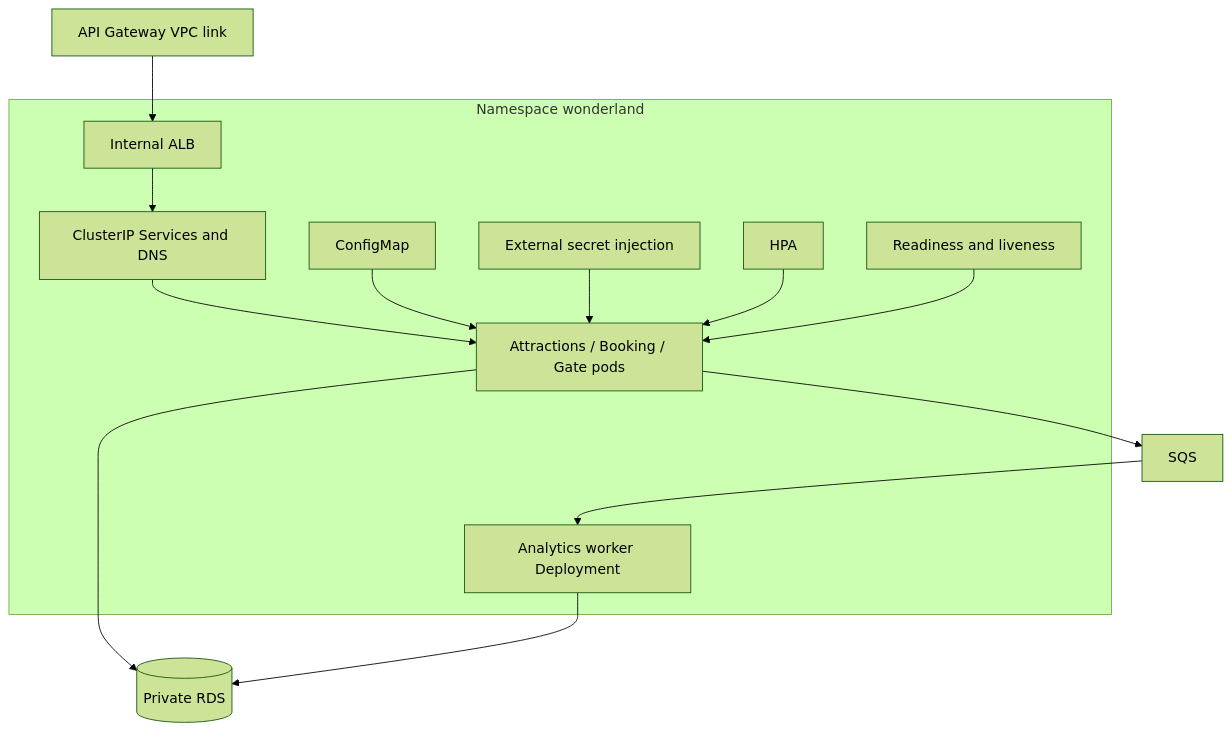
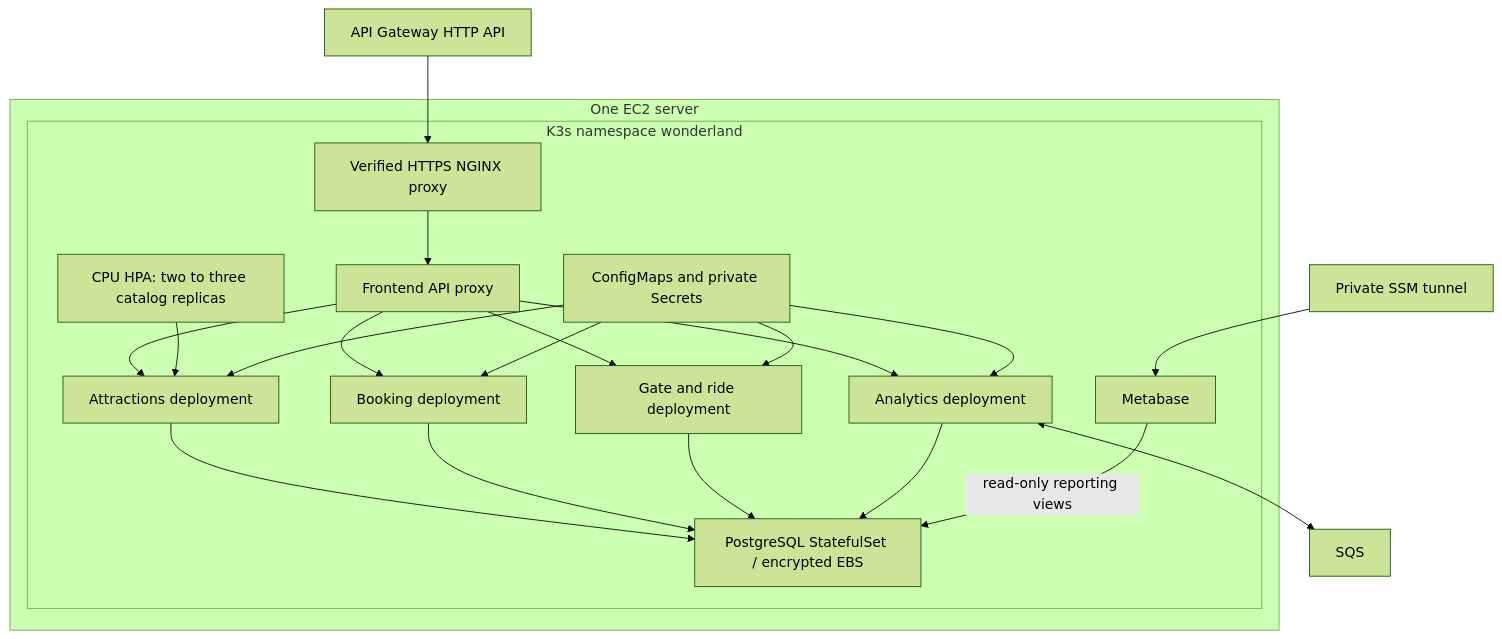
One commit to saditha93/wonderland changed the diagram in docs/diagrams/kubernetes.mmd. Above: the diagram before and after it, drawn with Mermaid (forest theme). The commit also changed 62 other files, not shown here.

Commit message:
Complete local MVP documentation, introduce advanced architecture diagrams, add Prettier for consistent formatting, and refactor React components for improved clarity and maintainability.

```diff
--- a/docs/diagrams/kubernetes.mmd
+++ b/docs/diagrams/kubernetes.mmd
@@ -1,16 +1,23 @@
-%% Proposed architecture; not deployed in Phase 1
 flowchart TB
- Gateway[API Gateway VPC link] --> ALB[Internal ALB]
- subgraph EKS[Namespace wonderland]
- ALB --> Services[ClusterIP Services and DNS]
- Services --> Pods[Attractions / Booking / Gate pods]
- ConfigMap --> Pods
- Secrets[External secret injection] --> Pods
- HPA --> Pods
- Probes[Readiness and liveness] --> Pods
- Worker[Analytics worker Deployment]
+ Gateway[API Gateway HTTP API] --> Proxy[Verified HTTPS NGINX proxy]
+ subgraph Server[One EC2 server]
+ subgraph Cluster[K3s namespace wonderland]
+ Proxy --> Router[Frontend API proxy]
+ Router --> Catalog[Attractions deployment]
+ Router --> Booking[Booking deployment]
+ Router --> Gate[Gate and ride deployment]
+ Router --> Worker[Analytics deployment]
+ HPA[CPU HPA: two to three catalog replicas] --> Catalog
+ Config[ConfigMaps and private Secrets] --> Catalog
+ Config --> Booking
+ Config --> Gate
+ Config --> Worker
+ Catalog --> Postgres[PostgreSQL StatefulSet / encrypted EBS]
+ Booking --> Postgres
+ Gate --> Postgres
+ Worker --> Postgres
+ Metabase -->|read-only reporting views| Postgres
  end
- Pods --> RDS[(Private RDS)]
- Pods --> SQS
- SQS --> Worker
- Worker --> RDS
+ end
+ Worker <--> SQS
+ Operator[Private SSM tunnel] --> Metabase
```
